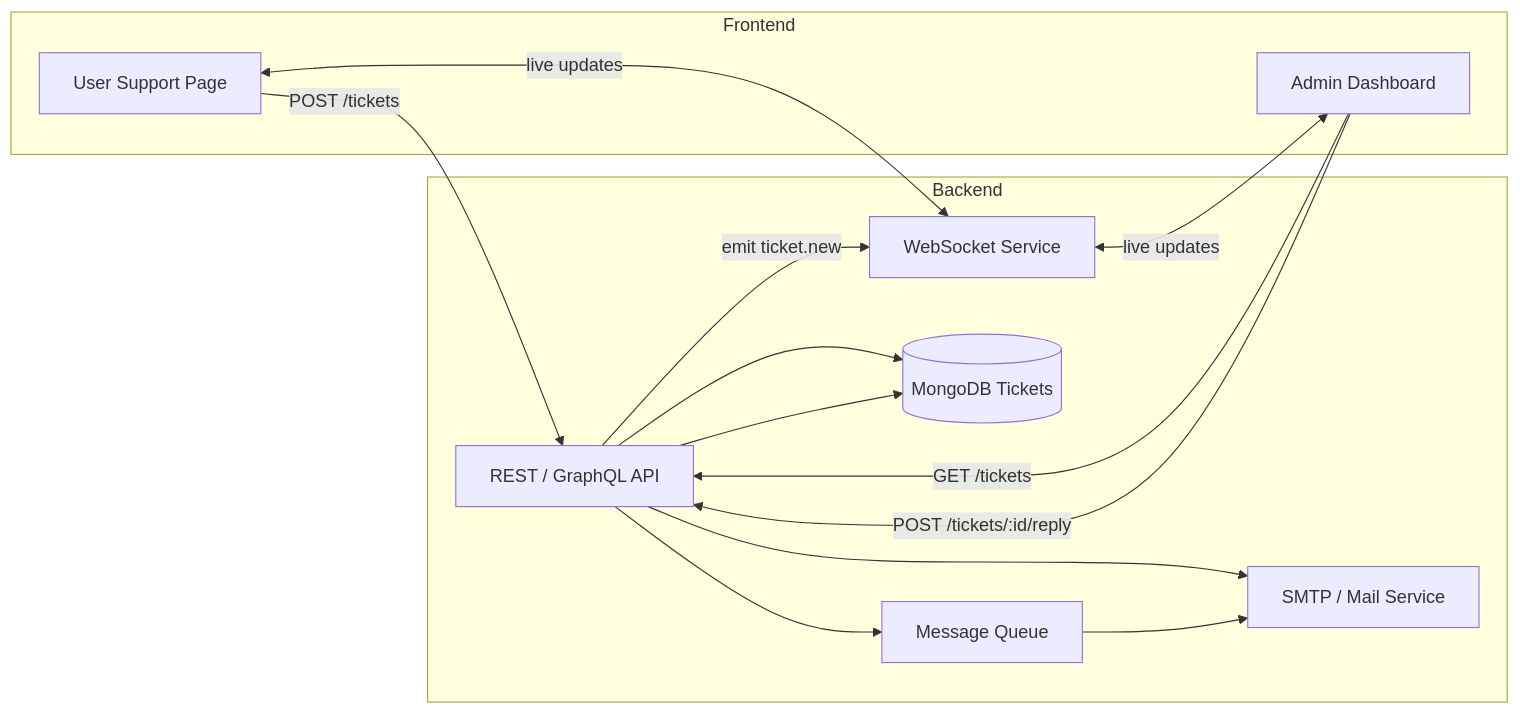
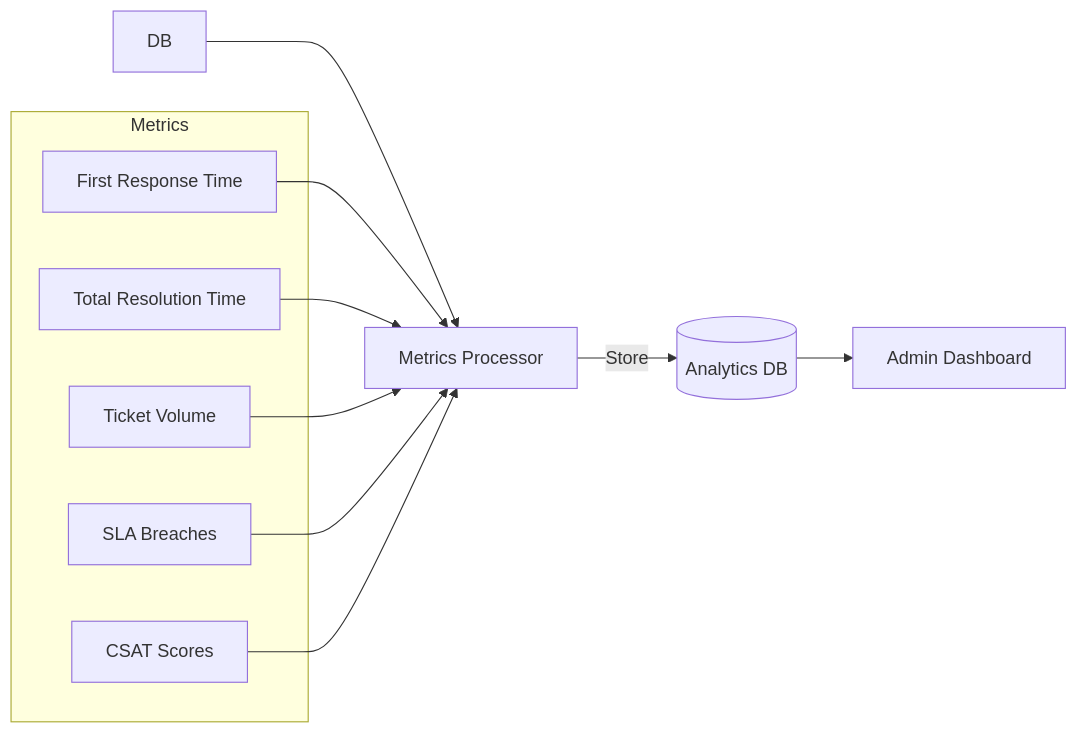
One commit to DevTeam-DVIKA/support changed the third of 4 diagrams in README.md. Above: the diagram before and after it, drawn with Mermaid. The commit also changed other lines of this file, not shown here.

````diff
--- a/README.md
+++ b/README.md
@@ -280,24 +102,15 @@
 ```mermaid
 flowchart LR
-  subgraph Frontend
-    U[User Support Page]
-    A[Admin Dashboard]
+  DB --> M[Metrics Processor]
+  M -->|Store| StoreDB[(Analytics DB)]
+  StoreDB --> Dash[Admin Dashboard]
+
+  subgraph Metrics
+    T1[First Response Time]
+    T2[Total Resolution Time]
+    T3[Ticket Volume]
+    T4[SLA Breaches]
+    T5[CSAT Scores]
   end
-
-  subgraph Backend
-    API[REST / GraphQL API]
-    WS[WebSocket Service]
-    DB[(MongoDB Tickets)]
-    Mail[SMTP / Mail Service]
-    Queue[Message Queue]
-  end
-
-  U -->|POST /tickets| API --> DB
-  API -->|emit ticket.new| WS
-  API --> Mail
-  A -->|GET /tickets| API
-  A -->|POST /tickets/:id/reply| API --> DB
-  API --> Queue --> Mail
-  WS <-->|live updates| A
-  WS <-->|live updates| U
+  T1 & T2 & T3 & T4 & T5 --> M
 ```
````
